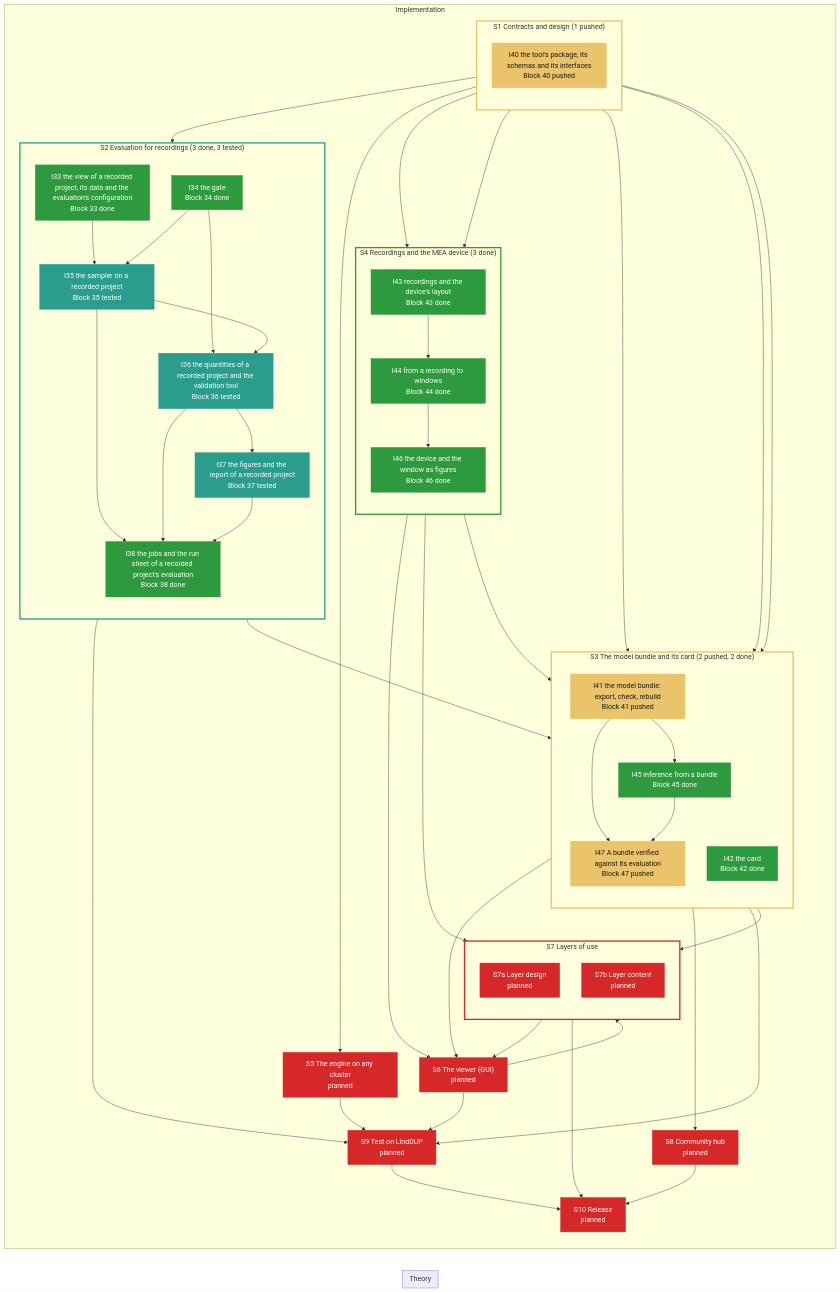
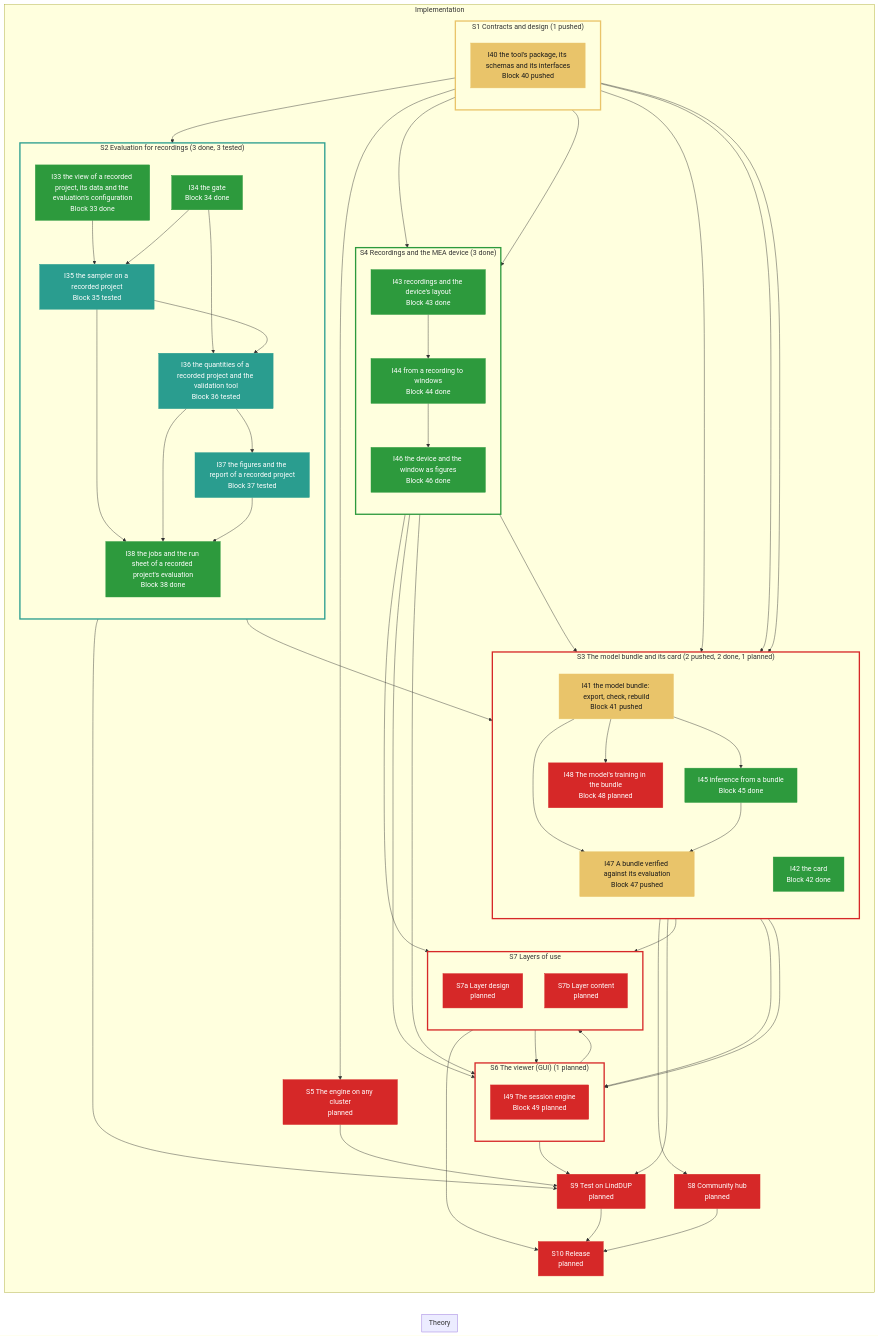
Before and after one commit to Leonardodm00/Simulation-Based-Inference: the diagram in specs/roadmap/tool.md, drawn with Mermaid. The commit also changed other lines of this file, not shown here.

Commit message:
roadmap: tool re-rendered with I48, I49
Claude-Session: https://claude.ai/code/session_015FuK9waJUq8JtaZq99jETA

````diff
--- a/specs/roadmap/tool.md
+++ b/specs/roadmap/tool.md
@@ -34,12 +34,13 @@
             I37["I37 the figures and the report of a recorded project<br/>Block 37 tested"]:::tested
             I38["I38 the jobs and the run sheet of a recorded project's evaluation<br/>Block 38 done"]:::done
         end
-        subgraph grp_S3["S3 The model bundle and its card (2 pushed, 2 done)"]
+        subgraph grp_S3["S3 The model bundle and its card (2 pushed, 2 done, 1 planned)"]
             direction TB
             I41["I41 the model bundle: export, check, rebuild<br/>Block 41 pushed"]:::pushed
             I42["I42 the card<br/>Block 42 done"]:::done
             I45["I45 inference from a bundle<br/>Block 45 done"]:::done
             I47["I47 A bundle verified against its evaluation<br/>Block 47 pushed"]:::pushed
+            I48["I48 The model's training in the bundle<br/>Block 48 planned"]:::planned
         end
         subgraph grp_S4["S4 Recordings and the MEA device (3 done)"]
             direction TB
@@ -48,7 +49,10 @@
             I46["I46 the device and the window as figures<br/>Block 46 done"]:::done
         end
         S5["S5 The engine on any cluster<br/>planned"]:::planned
-        S6["S6 The viewer (GUI)<br/>planned"]:::planned
+        subgraph grp_S6["S6 The viewer (GUI) (1 planned)"]
+            direction TB
+            I49["I49 The session engine<br/>Block 49 planned"]:::planned
+        end
         subgraph grp_S7["S7 Layers of use"]
             direction TB
             S7a["S7a Layer design<br/>planned"]:::planned
@@ -62,14 +66,14 @@
         grp_S2 --> grp_S3
         grp_S1 --> grp_S4
         grp_S1 --> S5
-        grp_S3 --> S6
-        grp_S4 --> S6
-        S7a --> S6
+        grp_S3 --> grp_S6
+        grp_S4 --> grp_S6
+        S7a --> grp_S6
         grp_S3 --> S8
         grp_S2 --> S9
         grp_S3 --> S9
         S5 --> S9
-        S6 --> S9
+        grp_S6 --> S9
         grp_S7 --> S10
         S8 --> S10
         S9 --> S10
@@ -92,11 +96,15 @@
         I45 --> I47
         grp_S3 --> S7a
         grp_S4 --> S7a
-        S6 --> S7b
+        grp_S6 --> S7b
+        I41 --> I48
+        I44 --> I49
+        I45 --> I49
     end
     style grp_S1 stroke:#e9c46a,stroke-width:3px
     style grp_S2 stroke:#2a9d8f,stroke-width:3px
-    style grp_S3 stroke:#e9c46a,stroke-width:3px
+    style grp_S3 stroke:#d62828,stroke-width:3px
     style grp_S4 stroke:#2d9a3d,stroke-width:3px
+    style grp_S6 stroke:#d62828,stroke-width:3px
     style grp_S7 stroke:#d62828,stroke-width:3px
 ```
````
